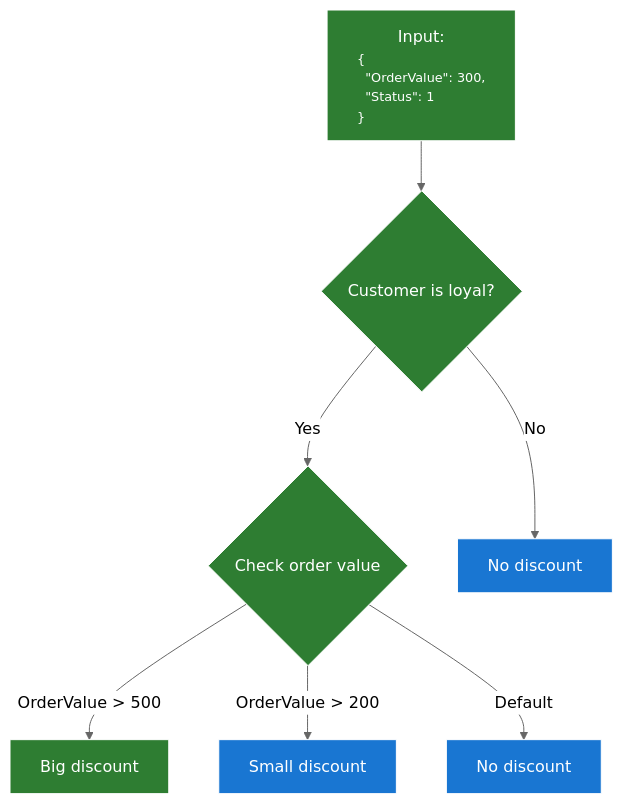
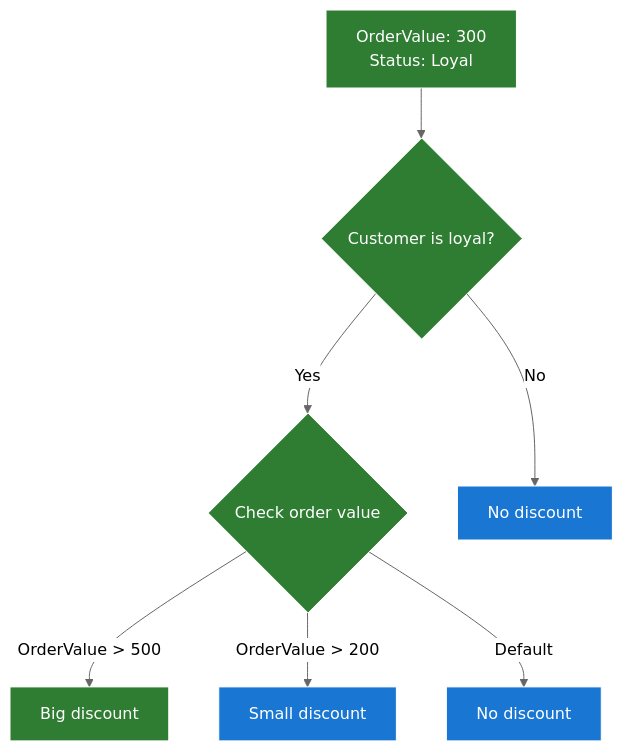
The diagram in src/samples/discounts/CinnamonTrees.Samples.Discounts.Tests/MermaidVisualization/Snapshots/tree_with_trace_with_input.mmd (mr0406/cinnamon-trees), drawn with Mermaid (neutral theme) before and after one commit. The commit also changed 8 other files, not shown here.

```diff
--- a/src/samples/discounts/CinnamonTrees.Samples.Discounts.Tests/MermaidVisualization/Snapshots/tree_with_trace_with_input.mmd
+++ b/src/samples/discounts/CinnamonTrees.Samples.Discounts.Tests/MermaidVisualization/Snapshots/tree_with_trace_with_input.mmd
@@ -1,19 +1,19 @@
 graph TD
 N1{"Customer is loyal?"}
 N1 -->|Yes| N11
 N11{"Check order value"}
 N11 -->|OrderValue > 500| N111
 N111["Big discount"]
 N11 -->|OrderValue > 200| N112
 N112["Small discount"]
 N11 -->|Default| N110
 N110["No discount"]
 N1 -->|No| N10
 N10["No discount"]
 
 classDef default fill:#1976d2,stroke:#ffffff,color:#ffffff;
 
 classDef highlight fill:#2e7d32,stroke:#ffffff,color:#ffffff;
-NInput["Input:<br><div style='text-align:left; font-size:0.8em; white-space:pre-wrap;'>{<br>  &quot;OrderValue&quot;: 300,<br>  &quot;Status&quot;: 1<br>}</div>"]
+NInput["OrderValue: 300<br>Status: Loyal"]
 NInput --> N1
 class NInput,N1,N11,N111 highlight;
```
